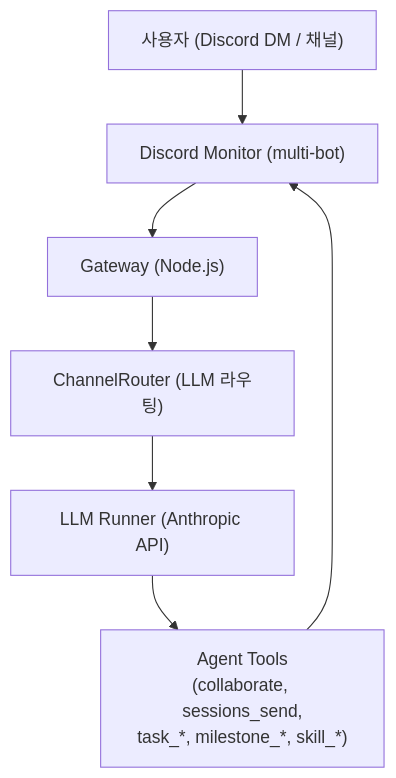
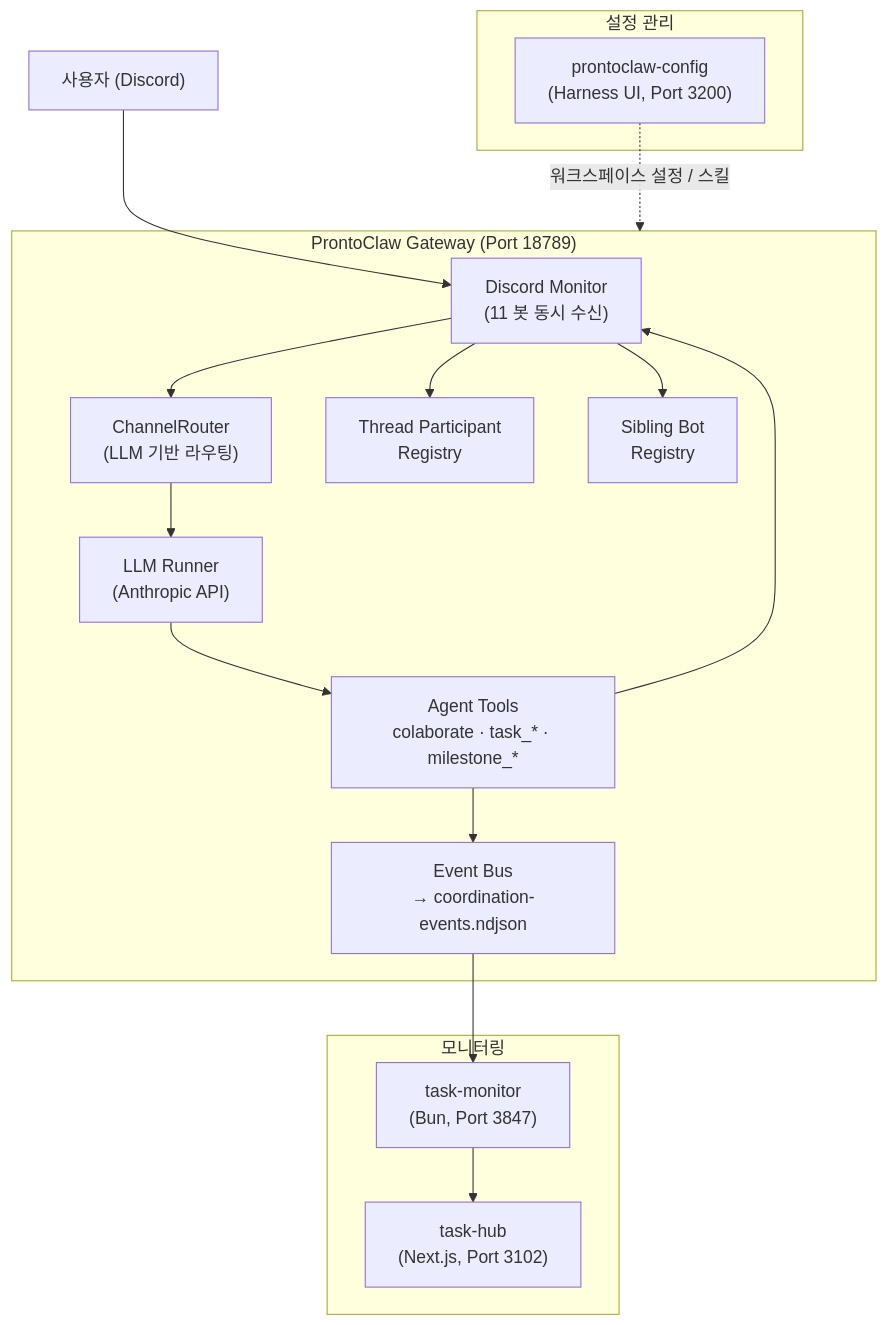
One commit to Pronto-Lab/prontoclaw changed the first of 2 diagrams in README.md. Above: the diagram before and after it, drawn with Mermaid. The commit also changed other lines of this file, not shown here.

First line of the commit message:
docs: rewrite README with detailed architecture and OpenClaw comparison

````diff
--- a/README.md
+++ b/README.md
@@ -60,16 +47,35 @@
 ```mermaid
 graph TD
-    User["사용자 (Discord DM / 채널)"]
-    GW["Gateway (Node.js)"]
-    DM["Discord Monitor (multi-bot)"]
-    LLM["LLM Runner (Anthropic API)"]
-    CR["ChannelRouter (LLM 라우팅)"]
-    Tools["Agent Tools\n(collaborate, sessions_send,\ntask_*, milestone_*, skill_*)"]
+    User["사용자 (Discord)"]
+
+    subgraph ProntoClaw["ProntoClaw Gateway (Port 18789)"]
+        DM["Discord Monitor\n(11 봇 동시 수신)"]
+        CR["ChannelRouter\n(LLM 기반 라우팅)"]
+        LLM["LLM Runner\n(Anthropic API)"]
+        Tools["Agent Tools\ncolaborate · task_* · milestone_*"]
+        EB["Event Bus\n→ coordination-events.ndjson"]
+        TP["Thread Participant\nRegistry"]
+        SB["Sibling Bot\nRegistry"]
+    end
+
+    subgraph Monitoring["모니터링"]
+        TM["task-monitor\n(Bun, Port 3847)"]
+        TH["task-hub\n(Next.js, Port 3102)"]
+    end
+
+    subgraph Config["설정 관리"]
+        CF["prontoclaw-config\n(Harness UI, Port 3200)"]
+    end
 
     User --> DM
-    DM --> GW
-    GW --> CR
+    DM --> CR
     CR --> LLM
     LLM --> Tools
     Tools --> DM
+    Tools --> EB
+    DM --> TP
+    DM --> SB
+    EB --> TM
+    TM --> TH
+    CF -.->|워크스페이스 설정 / 스킬| ProntoClaw
 ```
````
